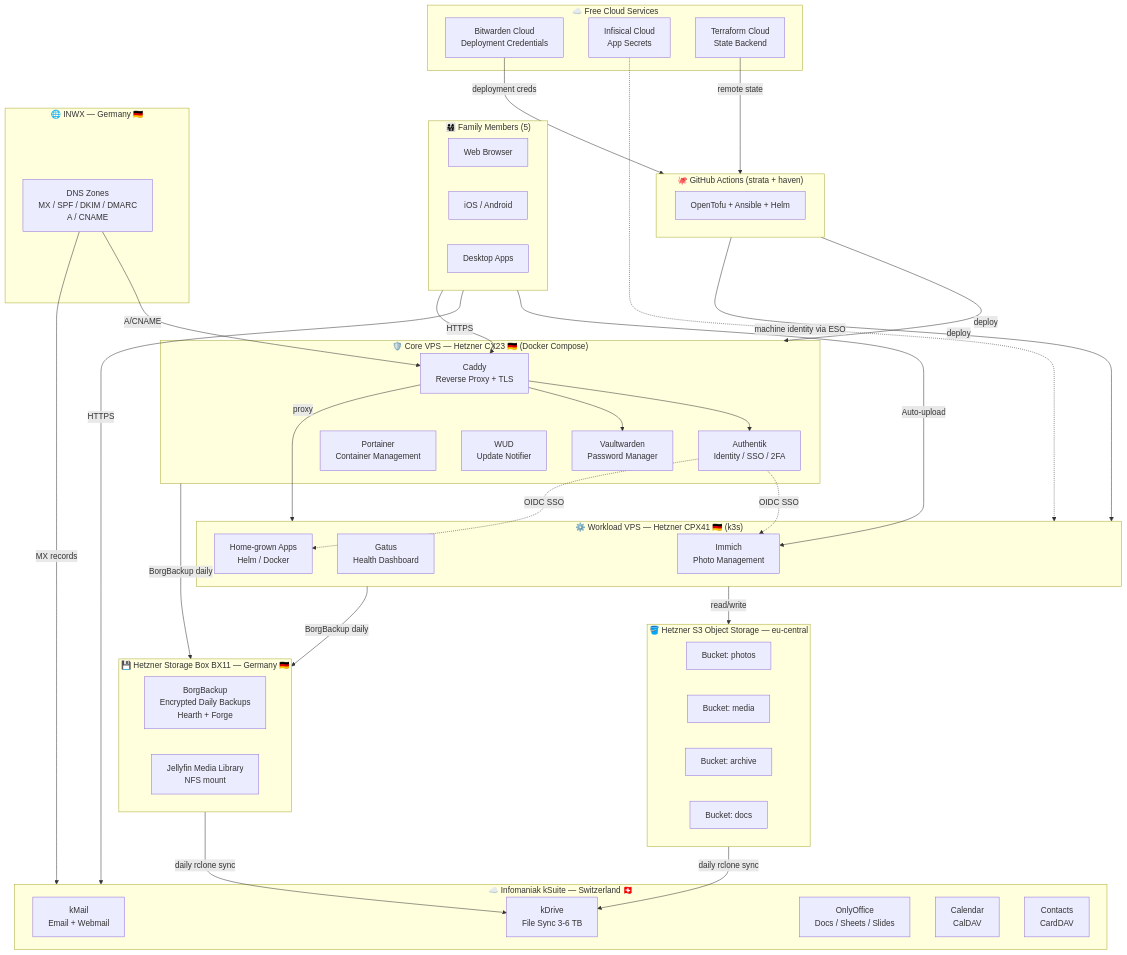
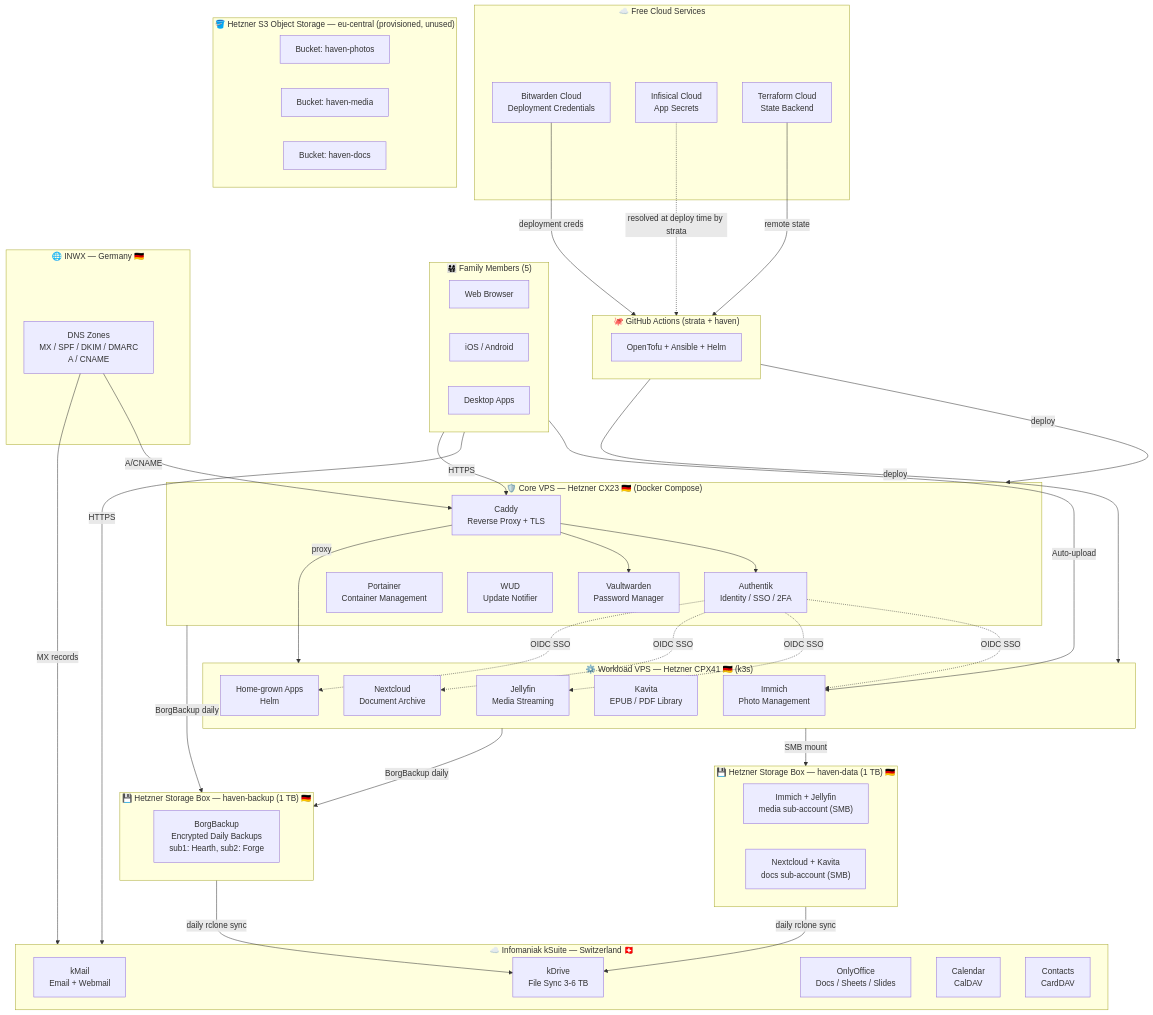
The diagram in docs/architecture.md (huybrechtsxyz/haven), drawn with Mermaid before and after one commit. The commit also changed other lines of this file and 14 other files, not shown here.

```diff
--- a/docs/architecture.md
+++ b/docs/architecture.md
@@ -87,20 +88,25 @@
 
     subgraph WorkloadVPS["⚙️ Workload VPS — Hetzner CPX41 🇩🇪 (k3s)"]
         Immich[Immich<br/>Photo Management]
-        Gatus[Gatus<br/>Health Dashboard]
-        Apps[Home-grown Apps<br/>Helm / Docker]
+        Jellyfin[Jellyfin<br/>Media Streaming]
+        Nextcloud[Nextcloud<br/>Document Archive]
+        Kavita[Kavita<br/>EPUB / PDF Library]
+        Apps[Home-grown Apps<br/>Helm]
     end
 
-    subgraph ObjectStorage["🪣 Hetzner S3 Object Storage — eu-central"]
-        S3Photos[Bucket: photos]
-        S3Media[Bucket: media]
-        S3Archive[Bucket: archive]
-        S3Docs[Bucket: docs]
+    subgraph ObjectStorage["🪣 Hetzner S3 Object Storage — eu-central (provisioned, unused)"]
+        S3Photos[Bucket: haven-photos]
+        S3Media[Bucket: haven-media]
+        S3Docs[Bucket: haven-docs]
     end
 
-    subgraph Storage["💾 Hetzner Storage Box BX11 — Germany 🇩🇪"]
-        BorgBackup["BorgBackup<br/>Encrypted Daily Backups<br/>Hearth + Forge"]
-        MediaFiles["Jellyfin Media Library<br/>NFS mount"]
+    subgraph StorageBackup["💾 Hetzner Storage Box — haven-backup (1 TB) 🇩🇪"]
+        BorgBackup["BorgBackup<br/>Encrypted Daily Backups<br/>sub1: Hearth, sub2: Forge"]
+    end
+
+    subgraph StorageData["💾 Hetzner Storage Box — haven-data (1 TB) 🇩🇪"]
+        ImmichFiles["Immich + Jellyfin<br/>media sub-account (SMB)"]
+        DocFiles["Nextcloud + Kavita<br/>docs sub-account (SMB)"]
     end
 
     subgraph DNS["🌐 INWX — Germany 🇩🇪"]
@@ -120,17 +126,19 @@
     Caddy --> Authentik
     Caddy --> Vaultwarden
     Caddy -->|proxy| WorkloadVPS
-    WorkloadVPS -->|read/write| ObjectStorage
+    WorkloadVPS -->|SMB mount| StorageData
     Authentik -.->|OIDC SSO| Immich
+    Authentik -.->|OIDC SSO| Jellyfin
+    Authentik -.->|OIDC SSO| Nextcloud
     Authentik -.->|OIDC SSO| Apps
-    InfisicalCloud -.->|machine identity via ESO| WorkloadVPS
+    InfisicalCloud -.->|resolved at deploy time by strata| GitHub
 
-    %% Backup — tier 1: BorgBackup → Storage Box
-    CoreVPS -->|BorgBackup daily| Storage
-    WorkloadVPS -->|BorgBackup daily| Storage
-    %% Backup — tier 2: Storage Box + S3 → kDrive (daily offsite sync)
-    Storage -->|daily rclone sync| kDrive
-    ObjectStorage -->|daily rclone sync| kDrive
+    %% Backup — tier 1: BorgBackup → haven-backup box
+    CoreVPS -->|BorgBackup daily| StorageBackup
+    WorkloadVPS -->|BorgBackup daily| StorageBackup
+    %% Backup — tier 2: both Storage Boxes → kDrive (daily offsite sync)
+    StorageBackup -->|daily rclone sync| kDrive
+    StorageData -->|daily rclone sync| kDrive
 
     %% Bootstrap / IaC
     BitwardenCloud -->|deployment creds| GitHub
```
